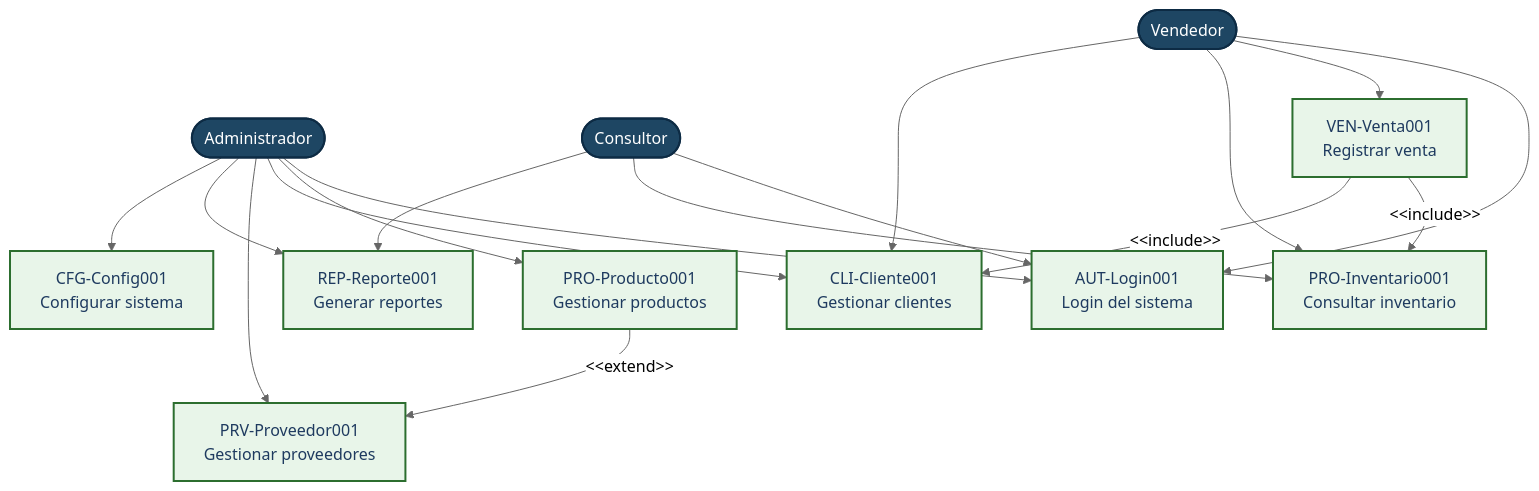
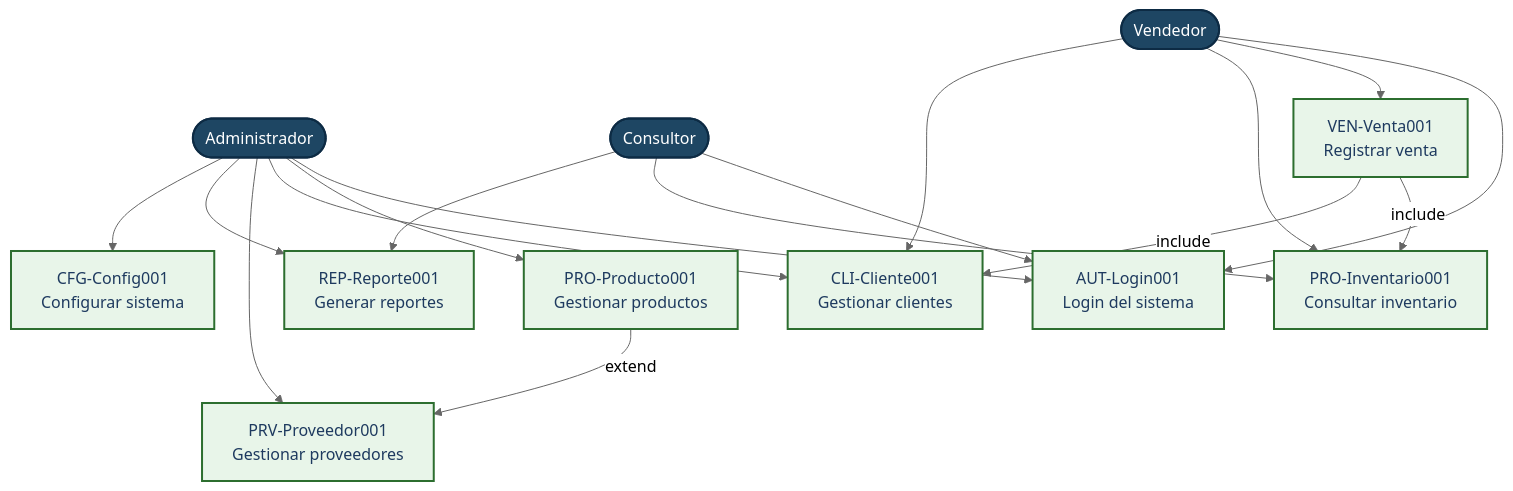
The first of 4 diagrams in IEEE/IEEE(2).md (Jeanks3/Prototipo3410390), drawn with Mermaid (neutral theme) before and after one commit. The commit also changed other lines of this file and 8 other files, not shown here.

````diff
--- a/IEEE/IEEE(2).md
+++ b/IEEE/IEEE(2).md
@@ -1519,49 +1621,42 @@
 ```mermaid
-
 graph TD
-    %% ACTORES
     Admin([Administrador])
     Vendedor([Vendedor])
     Consultor([Consultor])
 
-    %% CASOS DE USO
     AUT_Login["AUT-Login001<br>Login del sistema"]
     VEN_Venta["VEN-Venta001<br>Registrar venta"]
     PRO_Producto["PRO-Producto001<br>Gestionar productos"]
     PRO_Inventario["PRO-Inventario001<br>Consultar inventario"]
     CLI_Cliente["CLI-Cliente001<br>Gestionar clientes"]
     PRV_Proveedor["PRV-Proveedor001<br>Gestionar proveedores"]
     REP_Reporte["REP-Reporte001<br>Generar reportes"]
     CFG_Config["CFG-Config001<br>Configurar sistema"]
 
-    %% RELACIONES ACTORES - CASOS DE USO
     Admin --> AUT_Login
     Vendedor --> AUT_Login
     Consultor --> AUT_Login
 
     Vendedor --> VEN_Venta
     Vendedor --> PRO_Inventario
     Vendedor --> CLI_Cliente
 
     Admin --> PRO_Producto
     Admin --> CLI_Cliente
     Admin --> PRV_Proveedor
     Admin --> REP_Reporte
     Admin --> CFG_Config
 
     Consultor --> PRO_Inventario
     Consultor --> REP_Reporte
 
-%% RELACIONES ENTRE CASOS DE USO
-    VEN_Venta -->|&lt;&lt;include&gt;&gt;| PRO_Inventario
-    VEN_Venta -->|&lt;&lt;include&gt;&gt;| CLI_Cliente
-    PRO_Producto -->|&lt;&lt;extend&gt;&gt;| PRV_Proveedor
+    VEN_Venta -->|include| PRO_Inventario
+    VEN_Venta -->|include| CLI_Cliente
+    PRO_Producto -->|extend| PRV_Proveedor
 
-    %% ESTILOS
     classDef actor fill:#1e4663,color:#fff,stroke:#0d2b44,stroke-width:2px
     classDef casoUso fill:#e8f5e9,color:#1e3a5f,stroke:#2c6e2f,stroke-width:2px
 
     class Admin,Vendedor,Consultor actor
     class AUT_Login,VEN_Venta,PRO_Producto,PRO_Inventario,CLI_Cliente,PRV_Proveedor,REP_Reporte,CFG_Config casoUso
-
 ```
````
